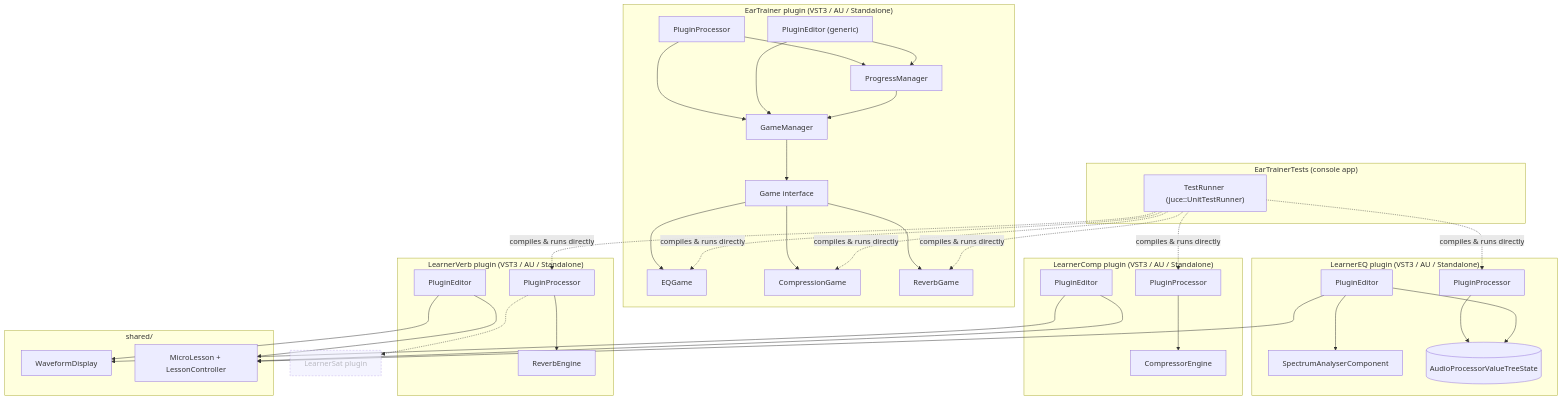
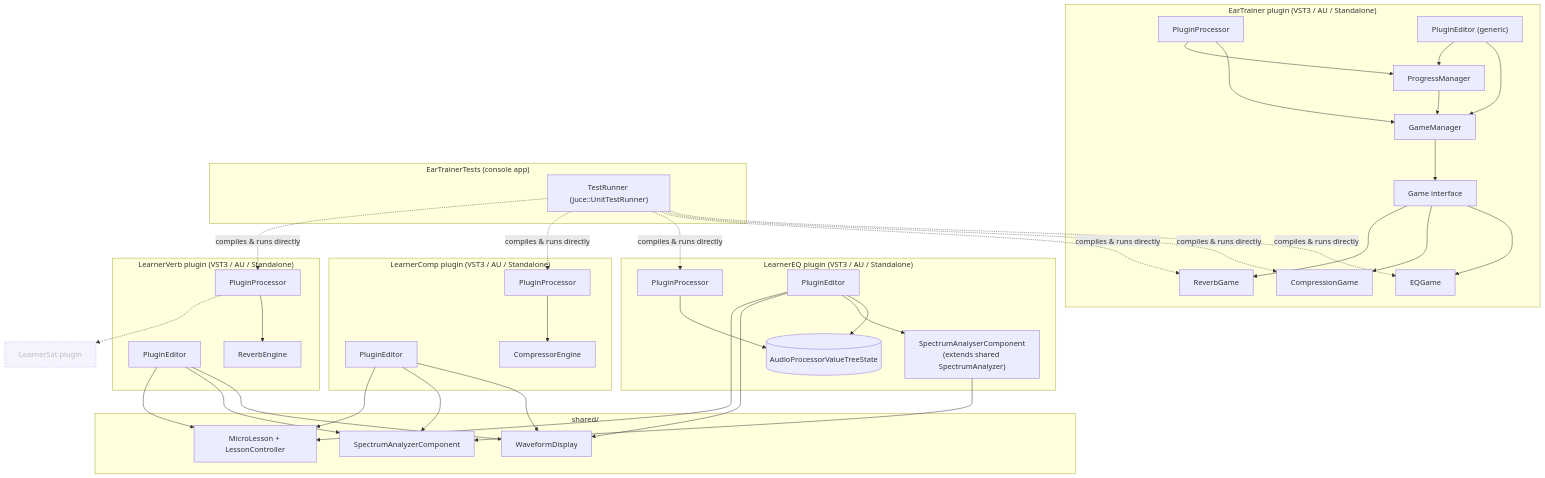
The diagram in README.md (bogggare567/abcTrain), drawn with Mermaid before and after one commit. The commit also changed other lines of this file and 27 other files, not shown here.

```diff
--- a/README.md
+++ b/README.md
@@ -62,7 +68,7 @@
     subgraph LearnerEQ["LearnerEQ plugin (VST3 / AU / Standalone)"]
         LEProc["PluginProcessor"]
         LEEdit["PluginEditor"]
-        Spectrum["SpectrumAnalyserComponent"]
+        Spectrum["SpectrumAnalyserComponent\n(extends shared SpectrumAnalyzer)"]
         APVTS[("AudioProcessorValueTreeState")]
 
         LEProc --> APVTS
@@ -88,6 +94,7 @@
 
     subgraph Shared["shared/"]
         Waveform["WaveformDisplay"]
+        SpectrumBase["SpectrumAnalyzerComponent"]
         LessonController["MicroLesson + LessonController"]
     end
 
@@ -97,8 +104,12 @@
 
     LearnerSat["LearnerSat plugin"]
 
+    LEEdit --> Waveform
     LCEdit --> Waveform
     LVEdit --> Waveform
+    Spectrum --> SpectrumBase
+    LCEdit --> SpectrumBase
+    LVEdit --> SpectrumBase
     LEEdit --> LessonController
     LCEdit --> LessonController
     LVEdit --> LessonController
```
